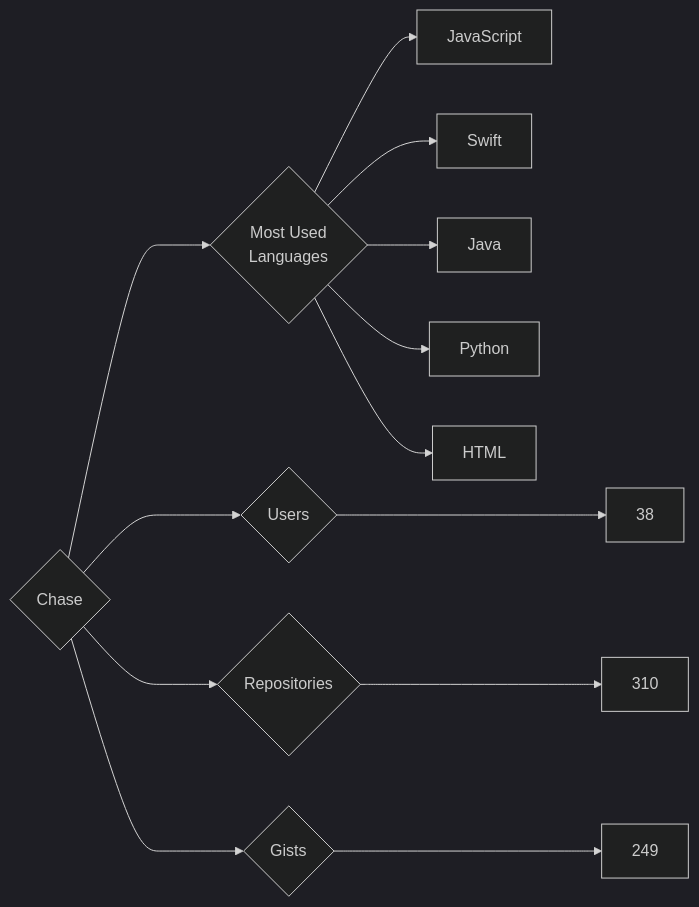
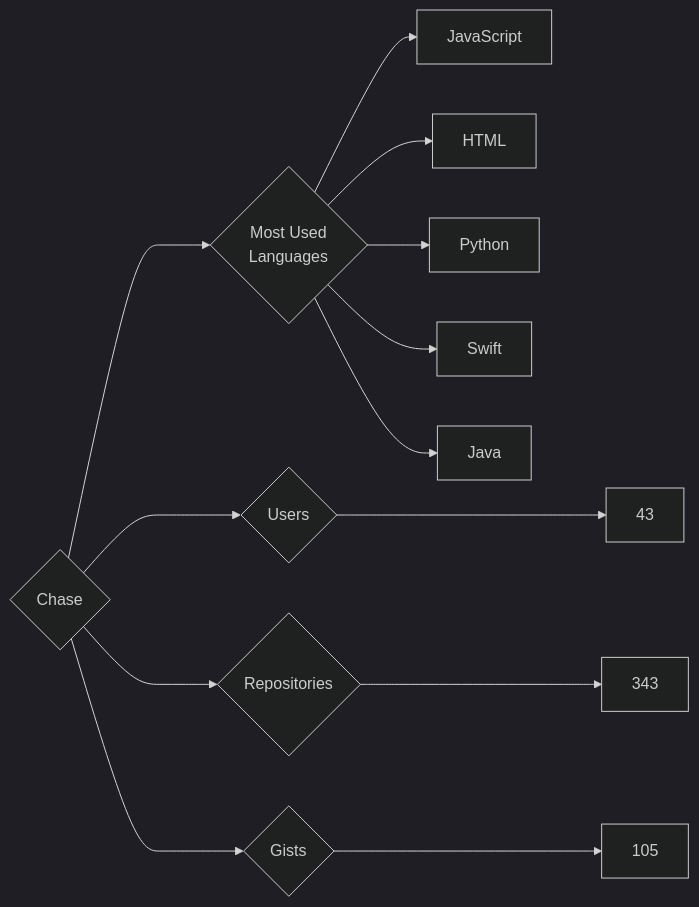
Before and after one commit to trickest/insiders: the diagram in targets/Chase/README.md, drawn with Mermaid (dark theme). The commit also changed 699 other files, not shown here.

````diff
--- a/targets/Chase/README.md
+++ b/targets/Chase/README.md
@@ -3,13 +3,13 @@
 ```mermaid
 graph LR
 COMPANY_NAME{Chase}
-COMPANY_NAME ---> U{Users} ---> UN[38]
-COMPANY_NAME ---> R{Repositories} ---> RN[310]
-COMPANY_NAME ---> G{Gists} ---> GN[249]
+COMPANY_NAME ---> U{Users} ---> UN[43]
+COMPANY_NAME ---> R{Repositories} ---> RN[343]
+COMPANY_NAME ---> G{Gists} ---> GN[105]
 COMPANY_NAME ---> ML{Most Used<br>Languages}
 ML --> JavaScript[JavaScript]
+ML --> HTML[HTML]
+ML --> Python[Python]
 ML --> Swift[Swift]
 ML --> Java[Java]
-ML --> Python[Python]
-ML --> HTML[HTML]
 ```
````
